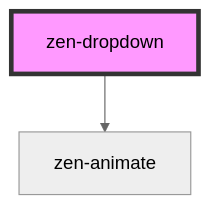
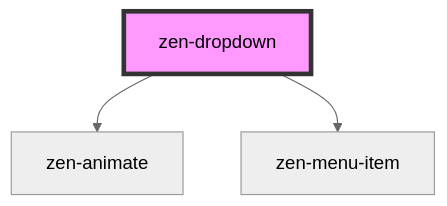
One commit to reciprocity/zen-ui changed the diagram in src/components/zen-dropdown/readme.md. Above: the diagram before and after it, drawn with Mermaid (neutral theme). The commit also changed other lines of this file and 2 other files, not shown here.

````diff
--- a/src/components/zen-dropdown/readme.md
+++ b/src/components/zen-dropdown/readme.md
@@ -33,5 +46,6 @@
 ```mermaid
 graph TD;
   zen-dropdown --> zen-animate
+  zen-dropdown --> zen-menu-item
   style zen-dropdown fill:#f9f,stroke:#333,stroke-width:4px
 ```
````
